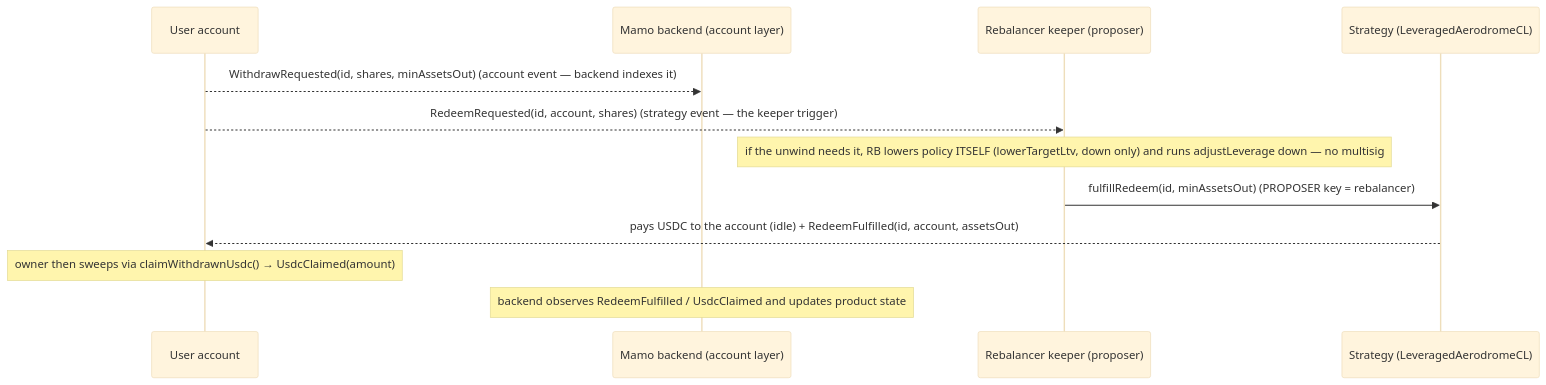
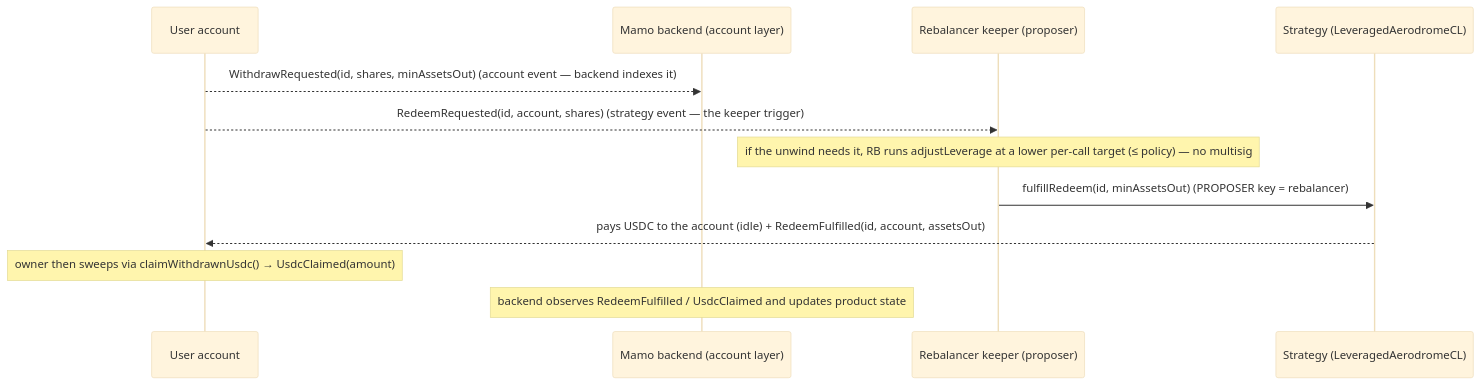
Before and after one commit to moonwell-fi/mamo-contracts: the diagram in docs/integrations/LEVERAGED_AERO_BACKEND.md, drawn with Mermaid (base theme). The commit also changed other lines of this file and 6 other files, not shown here.

````diff
--- a/docs/integrations/LEVERAGED_AERO_BACKEND.md
+++ b/docs/integrations/LEVERAGED_AERO_BACKEND.md
@@ -272,15 +274,15 @@
 ```mermaid
 sequenceDiagram
     participant A as User account
     participant BE as Mamo backend (account layer)
     participant RB as Rebalancer keeper (proposer)
     participant S as Strategy (LeveragedAerodromeCL)
 
     A-->>BE: WithdrawRequested(id, shares, minAssetsOut)   (account event — backend indexes it)
     A-->>RB: RedeemRequested(id, account, shares)          (strategy event — the keeper trigger)
-    Note over RB: if the unwind needs it, RB lowers policy ITSELF (lowerTargetLtv, down only) and runs adjustLeverage down — no multisig
+    Note over RB: if the unwind needs it, RB runs adjustLeverage at a lower per-call target (≤ policy) — no multisig
     RB->>S: fulfillRedeem(id, minAssetsOut)                              (PROPOSER key = rebalancer)
     S-->>A: pays USDC to the account (idle) + RedeemFulfilled(id, account, assetsOut)
     Note over A: owner then sweeps via claimWithdrawnUsdc() → UsdcClaimed(amount)
     Note over BE: backend observes RedeemFulfilled / UsdcClaimed and updates product state
 ```
````
